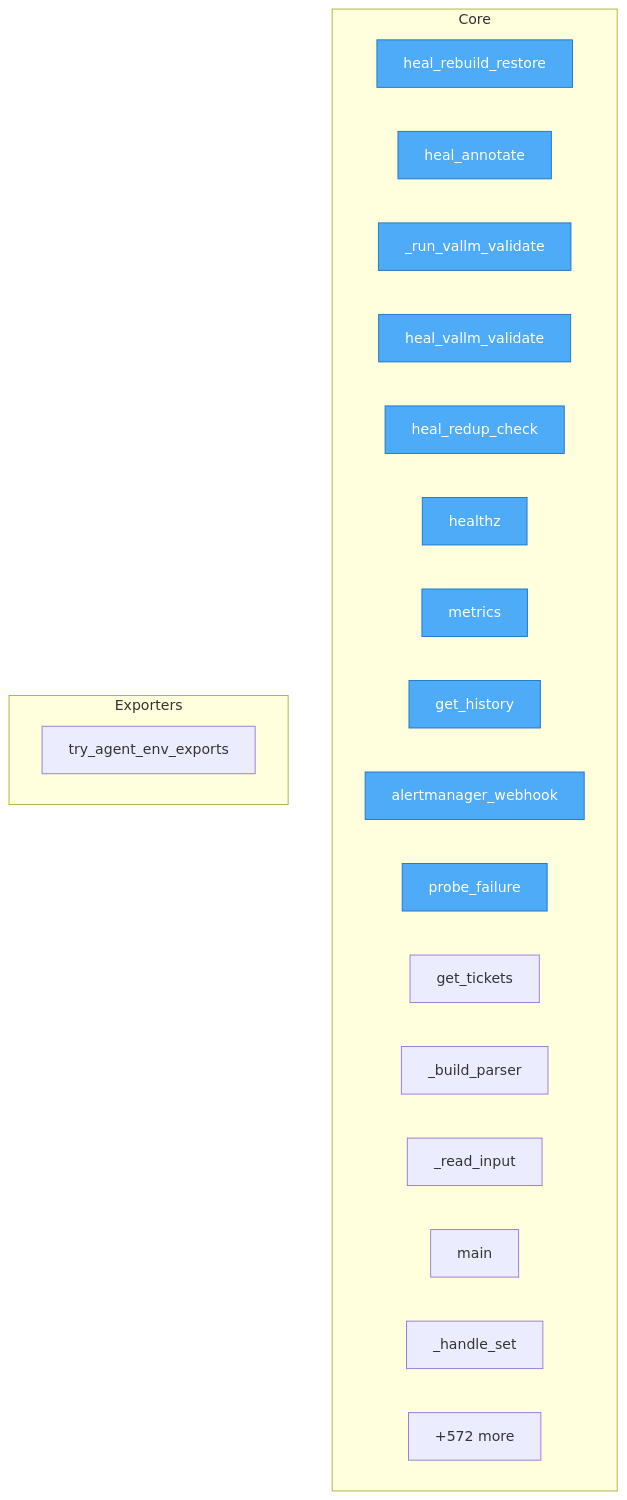
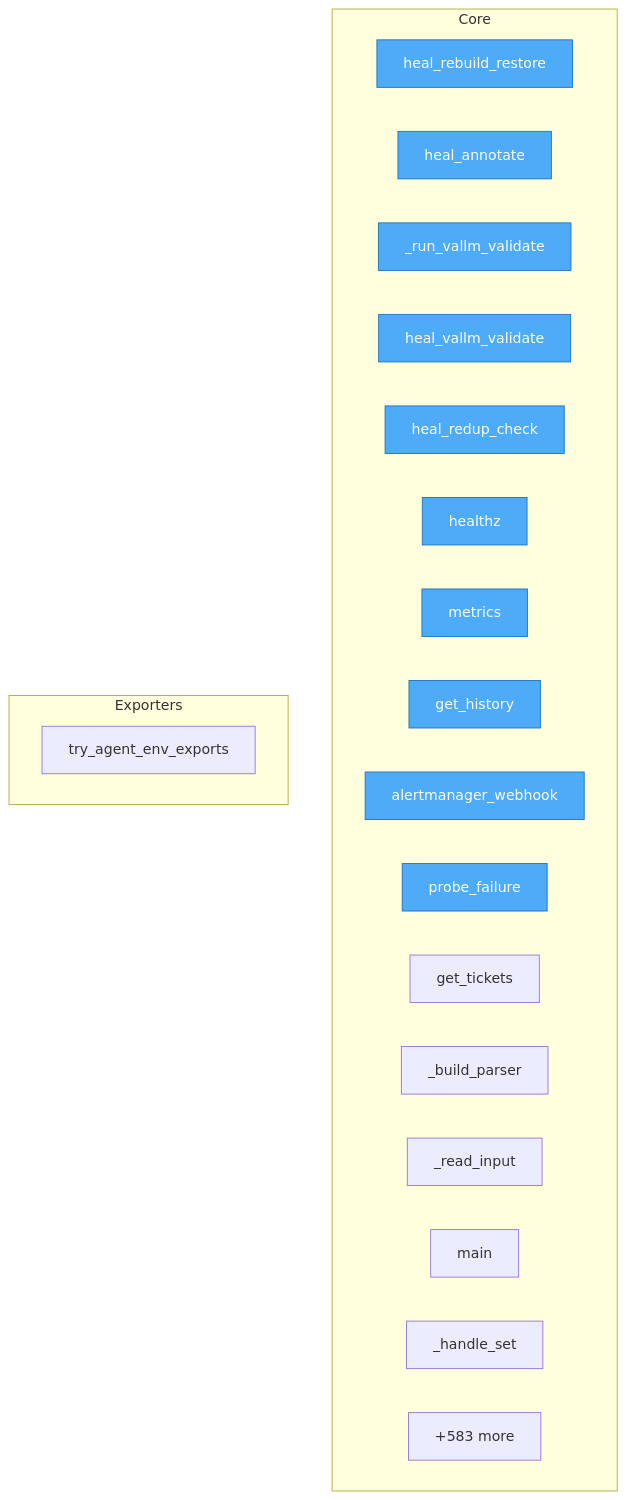
The diagram in project/flow.mmd (semcod/koru), drawn with Mermaid before and after one commit. The commit also changed 45 other files, not shown here.

```diff
--- a/project/flow.mmd
+++ b/project/flow.mmd
@@ -1,30 +1,30 @@
 flowchart TD
-%% generated in 0.07s
+%% generated in 0.05s
 
     %% Entry points (blue)
     classDef entry fill:#4dabf7,stroke:#1971c2,color:#fff
 
     subgraph Core
         services__healing_webhook__app__heal_rebuild_restore["heal_rebuild_restore"]
         services__healing_webhook__app__heal_annotate["heal_annotate"]
         services__healing_webhook__app___run_vallm_validate["_run_vallm_validate"]
         services__healing_webhook__app__heal_vallm_validate["heal_vallm_validate"]
         services__healing_webhook__app__heal_redup_check["heal_redup_check"]
         services__healing_webhook__app__healthz["healthz"]
         services__healing_webhook__app__metrics["metrics"]
         services__healing_webhook__app__get_history["get_history"]
         services__healing_webhook__app__alertmanager_webhook["alertmanager_webhook"]
         services__healing_webhook__app__probe_failure["probe_failure"]
         services__healing_webhook__app__get_tickets["get_tickets"]
         src__korudsl__cli___build_parser["_build_parser"]
         src__korudsl__cli___read_input["_read_input"]
         src__korudsl__cli__main["main"]
         src__korudsl__library___handle_set["_handle_set"]
-        ...["+572 more"]
+        ...["+583 more"]
     end
 
     subgraph Exporters
         src__koru__agent_cli_helpers__try_agent_env_exports["try_agent_env_exports"]
     end
 
     class services__healing_webhook__app__heal_rebuild_restore,services__healing_webhook__app__heal_annotate,services__healing_webhook__app___run_vallm_validate,services__healing_webhook__app__heal_vallm_validate,services__healing_webhook__app__heal_redup_check,services__healing_webhook__app__healthz,services__healing_webhook__app__metrics,services__healing_webhook__app__get_history,services__healing_webhook__app__alertmanager_webhook,services__healing_webhook__app__probe_failure entry
```
